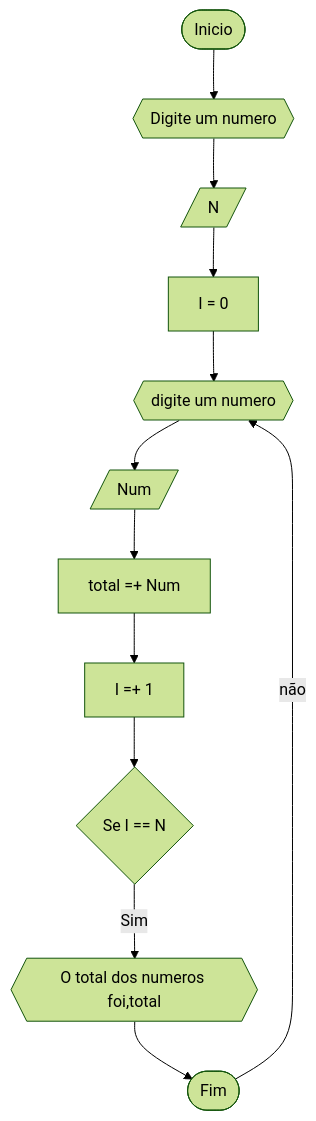
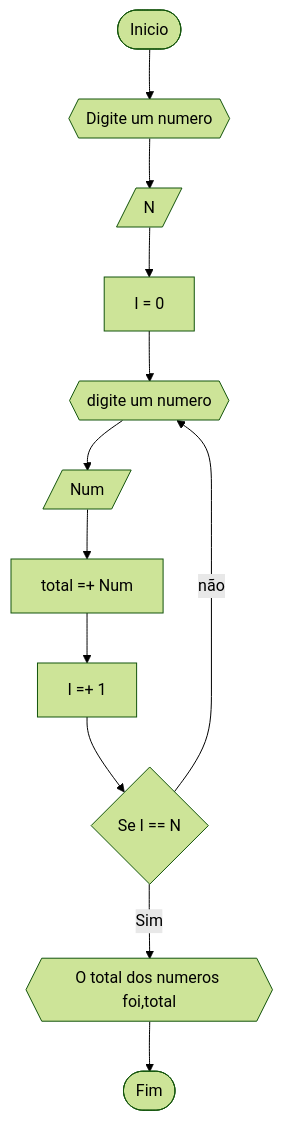
Before and after one commit to samuca2k18/unifor: the third of 4 diagrams in RLA/LISTA_3.md, drawn with Mermaid (forest theme).

````diff
--- a/RLA/LISTA_3.md
+++ b/RLA/LISTA_3.md
@@ -72,14 +72,14 @@
 ```mermaid
 flowchart TD
 A([Inicio]) --> B{{Digite um numero}}
 B --> C[/N/]
 C --> D[I = 0]
 D --> E{{digite um numero}}
 E --> F[/Num/]
 F --> G[total =+ Num]
 G --> H[I =+ 1]
 H --> I{Se I == N}
 I -->|Sim|J{{O total dos numeros foi,total}}
 J --> Z([Fim])
- -->|não| E
+I -->|não| E
 ```
````
